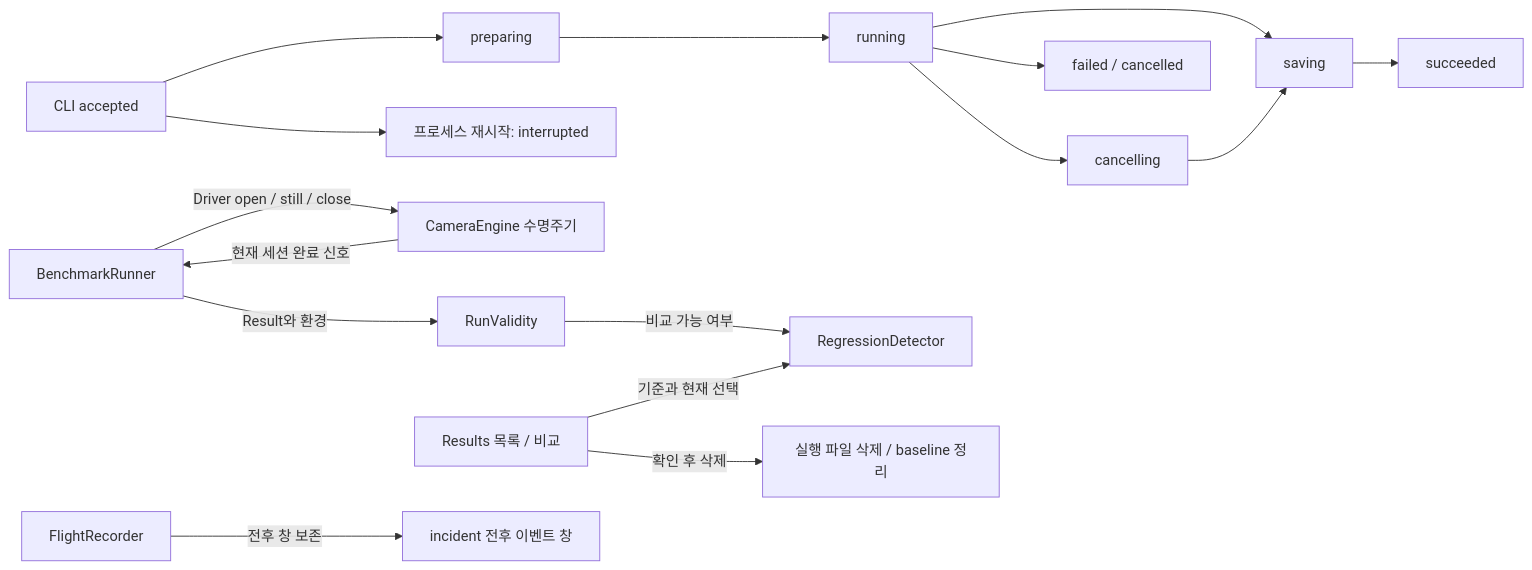
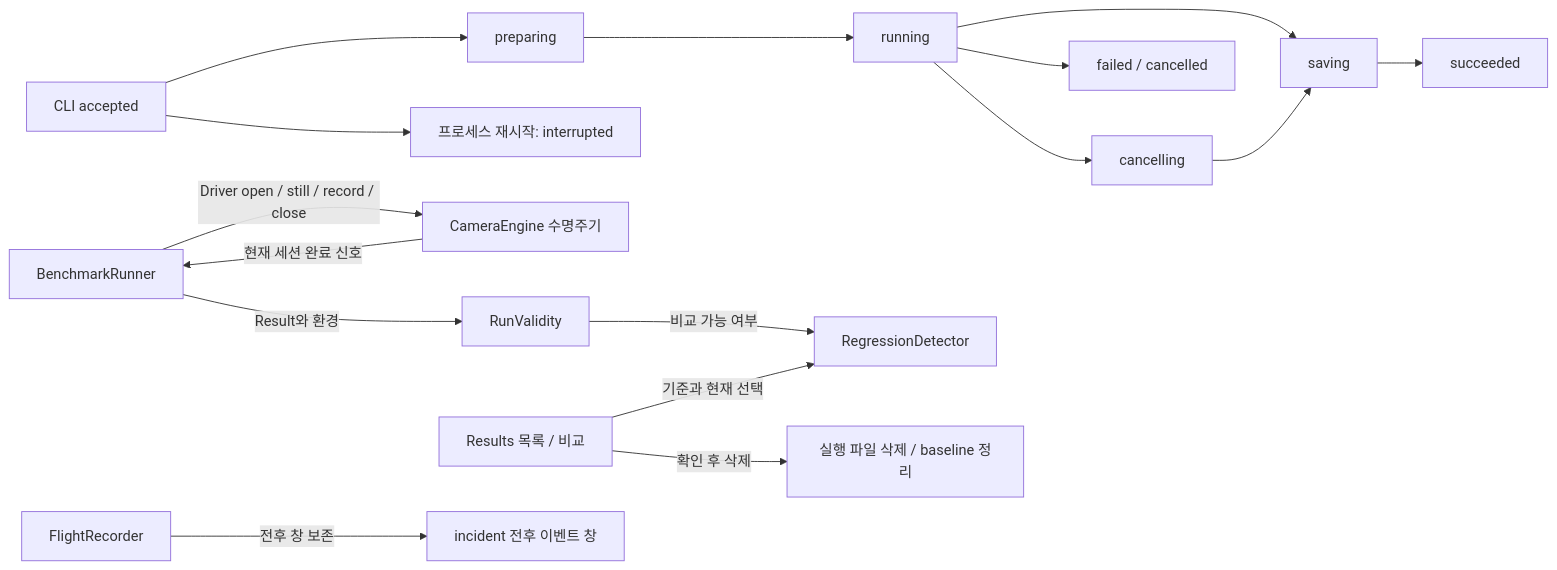
Before and after one commit to TTolsun/hal-camera: the diagram in .omm/state-transitions/diagram.mmd, drawn with Mermaid. The commit also changed 17 other files, not shown here.

```diff
--- a/.omm/state-transitions/diagram.mmd
+++ b/.omm/state-transitions/diagram.mmd
@@ -1,12 +1,12 @@
 graph LR
     accepted["CLI accepted"] --> preparing["preparing"] --> running["running"] --> saving["saving"] --> succeeded["succeeded"]
     running --> cancelling["cancelling"] --> saving
     running --> failed["failed / cancelled"]
     accepted --> interrupted["프로세스 재시작: interrupted"]
-    runner["BenchmarkRunner"] -->|"Driver open / still / close"| engine["CameraEngine 수명주기"]
+    runner["BenchmarkRunner"] -->|"Driver open / still / record / close"| engine["CameraEngine 수명주기"]
     engine -->|"현재 세션 완료 신호"| runner
     runner -->|"Result와 환경"| validity["RunValidity"]
     validity -->|"비교 가능 여부"| comparison["RegressionDetector"]
     history["Results 목록 / 비교"] -->|"기준과 현재 선택"| comparison
     history -->|"확인 후 삭제"| delete["실행 파일 삭제 / baseline 정리"]
     recorder["FlightRecorder"] -->|"전후 창 보존"| incident["incident 전후 이벤트 창"]
```
